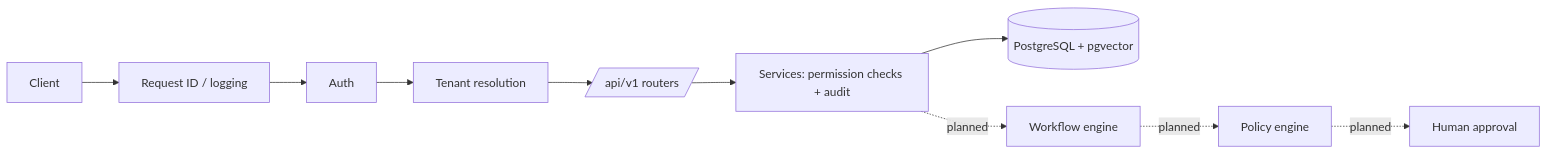
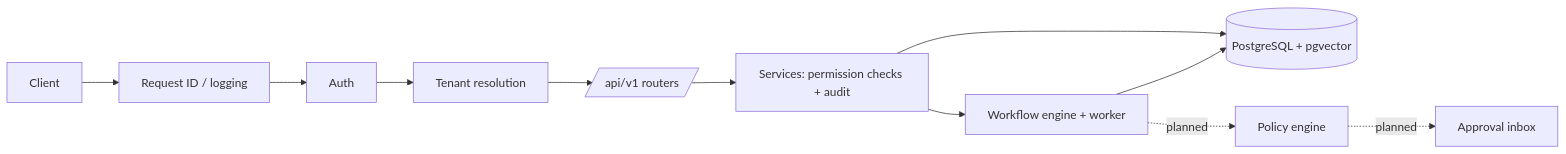
The diagram in README.md (Ahmad-Joker/solutionforge), drawn with Mermaid before and after one commit. The commit also changed other lines of this file and 34 other files, not shown here.

````diff
--- a/README.md
+++ b/README.md
@@ -24,7 +25,8 @@
 ```mermaid
 flowchart LR
   C[Client] --> MW[Request ID / logging] --> A[Auth] --> T[Tenant resolution] --> R[/api/v1 routers/]
   R --> S[Services: permission checks + audit]
   S --> DB[(PostgreSQL + pgvector)]
-  S -. planned .-> WF[Workflow engine] -. planned .-> P[Policy engine] -. planned .-> H[Human approval]
+  S --> WF[Workflow engine + worker] --> DB
+  WF -. planned .-> P[Policy engine] -. planned .-> H[Approval inbox]
 ```
````
